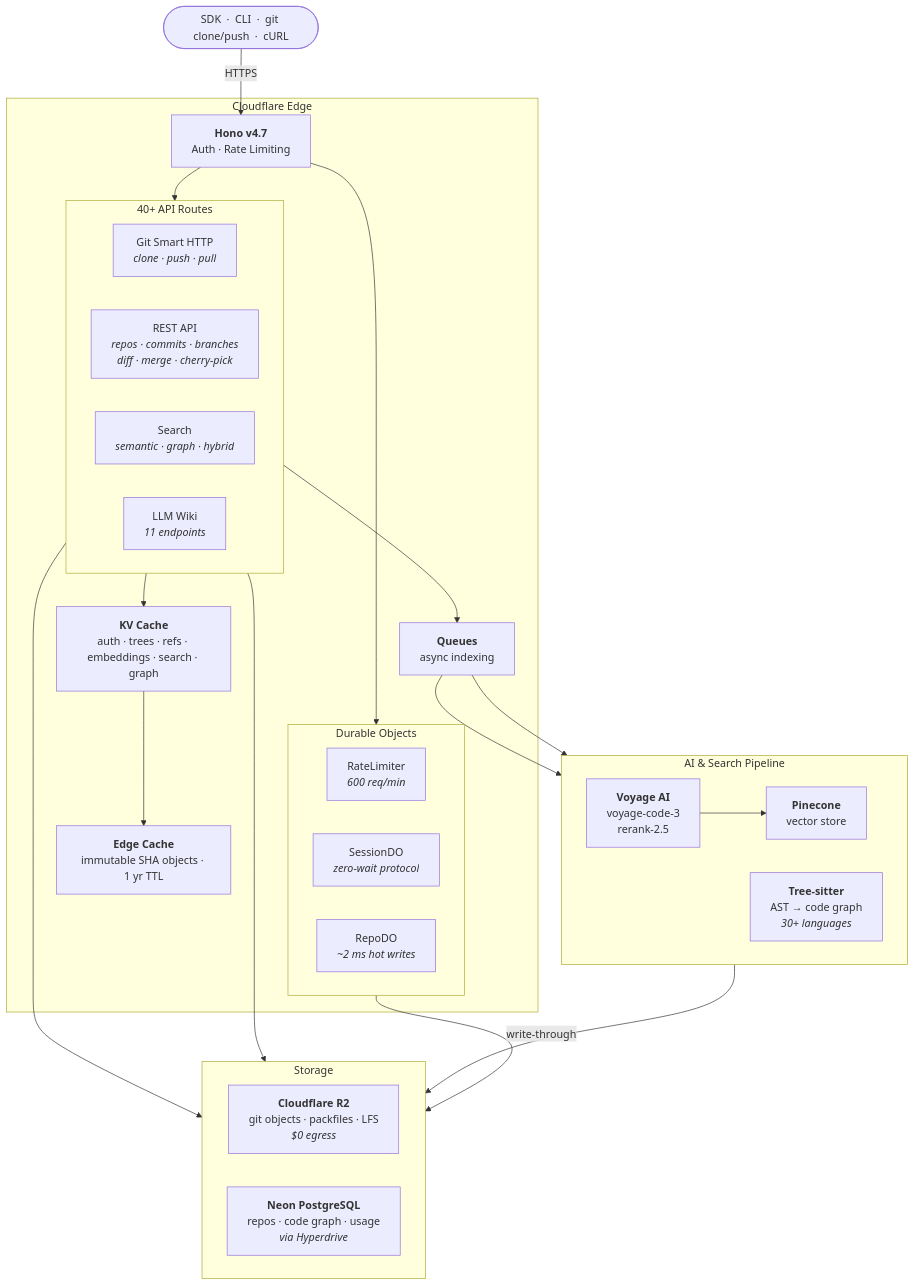
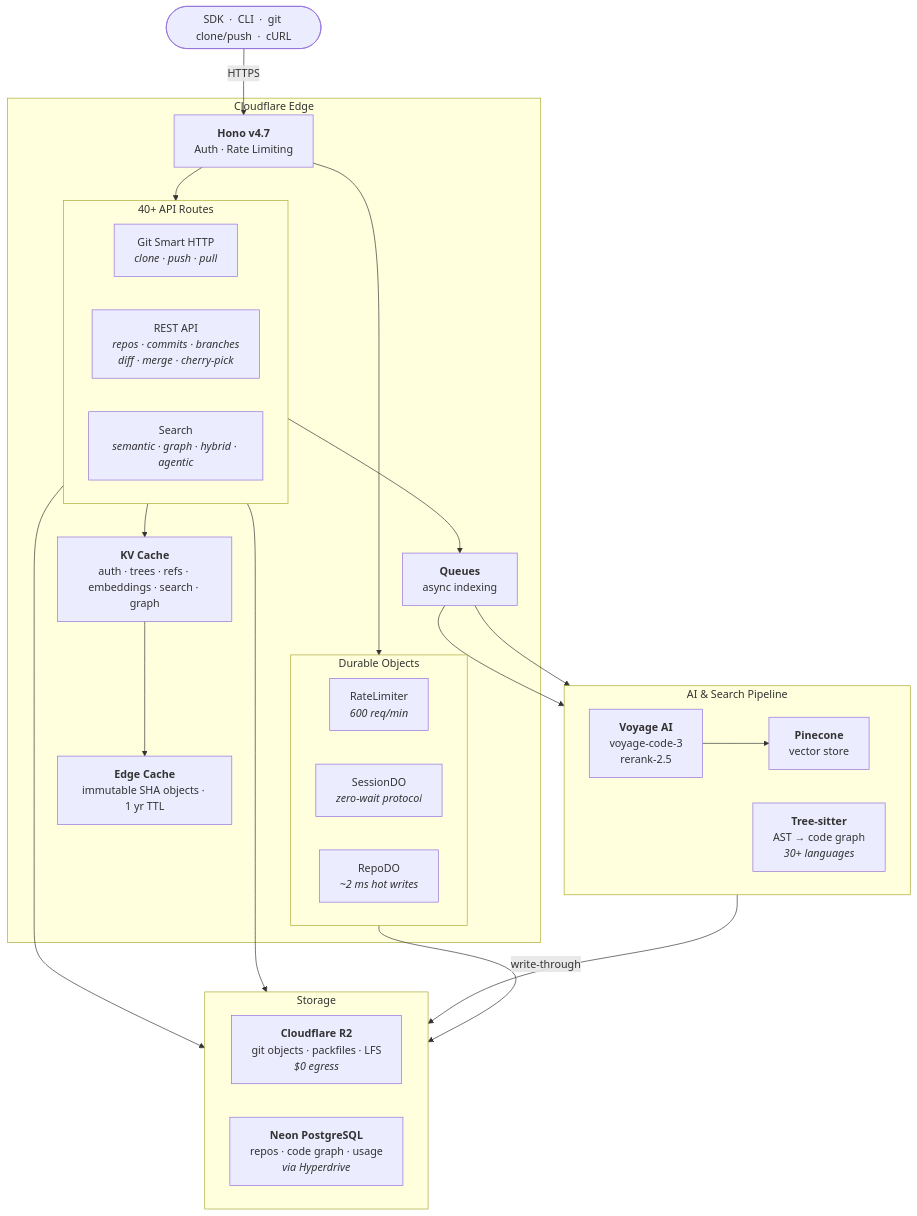
The diagram in README.md (coregit-inc/coregit-api), drawn with Mermaid before and after one commit. The commit also changed other lines of this file and 5 other files, not shown here.

````diff
--- a/README.md
+++ b/README.md
@@ -140,51 +139,50 @@
 ```mermaid
 flowchart TB
     clients(["SDK &nbsp;·&nbsp; CLI &nbsp;·&nbsp; git clone/push &nbsp;·&nbsp; cURL"])
 
     clients -->|HTTPS| router
 
     subgraph cf ["Cloudflare Edge"]
         router["<b>Hono v4.7</b><br/>Auth · Rate Limiting"]
 
         subgraph do ["Durable Objects"]
             direction LR
             rl["RateLimiter<br/><i>600 req/min</i>"]
             session["SessionDO<br/><i>zero-wait protocol</i>"]
             repodo["RepoDO<br/><i>~2 ms hot writes</i>"]
         end
 
         subgraph routes ["40+ API Routes"]
             direction LR
             git["Git Smart HTTP<br/><i>clone · push · pull</i>"]
             rest["REST API<br/><i>repos · commits · branches<br/>diff · merge · cherry-pick</i>"]
-            search["Search<br/><i>semantic · graph · hybrid</i>"]
-            wiki["LLM Wiki<br/><i>11 endpoints</i>"]
+            search["Search<br/><i>semantic · graph · hybrid · agentic</i>"]
         end
 
         kv["<b>KV Cache</b><br/>auth · trees · refs · embeddings · search · graph"]
         edge["<b>Edge Cache</b><br/>immutable SHA objects · 1 yr TTL"]
         queue["<b>Queues</b><br/>async indexing"]
     end
 
     subgraph storage ["Storage"]
         direction LR
         r2["<b>Cloudflare R2</b><br/>git objects · packfiles · LFS<br/><i>$0 egress</i>"]
         neon["<b>Neon PostgreSQL</b><br/>repos · code graph · usage<br/><i>via Hyperdrive</i>"]
     end
 
     subgraph ai ["AI &amp; Search Pipeline"]
         direction LR
         voyage["<b>Voyage AI</b><br/>voyage-code-3<br/>rerank-2.5"]
         pinecone["<b>Pinecone</b><br/>vector store"]
         treesitter["<b>Tree-sitter</b><br/>AST → code graph<br/><i>30+ languages</i>"]
     end
 
     router --> do
     router --> routes
     routes --> kv --> edge
     routes --> r2 & neon
     repodo -->|"write-through"| r2
     routes --> queue
     queue --> voyage --> pinecone
     queue --> treesitter --> neon
 ```
````
